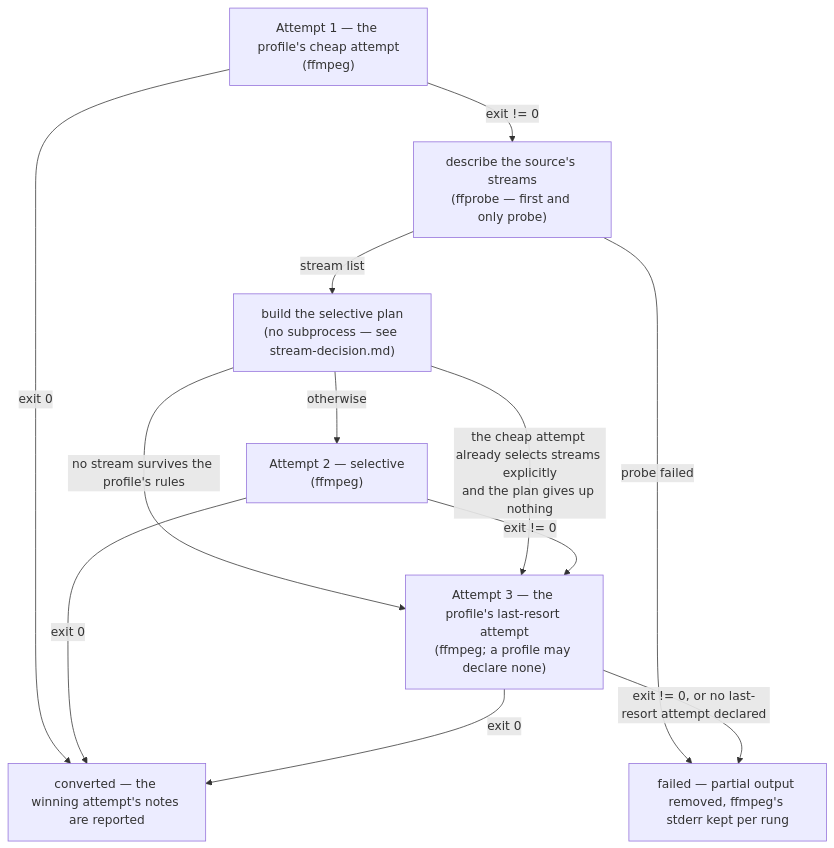
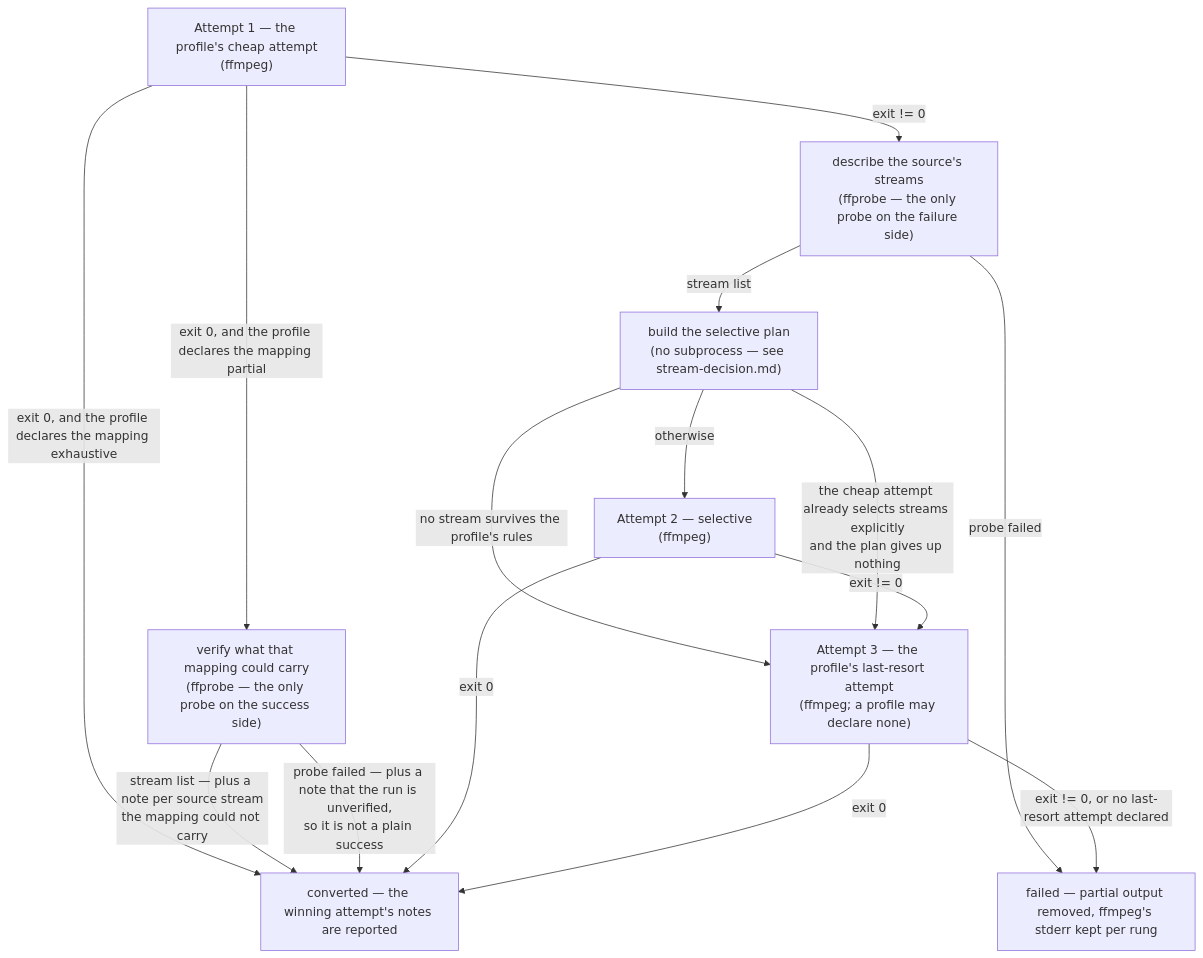
One commit to bhemsen/converter changed the diagram in docs/design/degradation-ladder.md. Above: the diagram before and after it, drawn with Mermaid. The commit also changed other lines of this file and 19 other files, not shown here.

First line of the commit message:
fix(batch): verify a structurally partial cheap attempt on success (#38)

````diff
--- a/docs/design/degradation-ladder.md
+++ b/docs/design/degradation-ladder.md
@@ -14,22 +16,26 @@
 ```mermaid
 flowchart TD
     A["Attempt 1 — the profile's cheap attempt<br/>(ffmpeg)"]
-    P["describe the source's streams<br/>(ffprobe — first and only probe)"]
+    V["verify what that mapping could carry<br/>(ffprobe — the only probe on the success side)"]
+    P["describe the source's streams<br/>(ffprobe — the only probe on the failure side)"]
     PLAN["build the selective plan<br/>(no subprocess — see stream-decision.md)"]
     SEL["Attempt 2 — selective<br/>(ffmpeg)"]
     FIN["Attempt 3 — the profile's last-resort attempt<br/>(ffmpeg; a profile may declare none)"]
     OK["converted — the winning attempt's notes are reported"]
     BAD["failed — partial output removed, ffmpeg's stderr kept per rung"]
 
-    A -->|"exit 0"| OK
+    A -->|"exit 0, and the profile declares the mapping exhaustive"| OK
+    A -->|"exit 0, and the profile declares the mapping partial"| V
+    V -->|"stream list — plus a note per source stream<br/>the mapping could not carry"| OK
+    V -->|"probe failed — plus a note that the run is unverified,<br/>so it is not a plain success"| OK
     A -->|"exit != 0"| P
     P -->|"probe failed"| BAD
     P -->|"stream list"| PLAN
     PLAN -->|"no stream survives the profile's rules"| FIN
     PLAN -->|"the cheap attempt already selects streams explicitly<br/>and the plan gives up nothing"| FIN
     PLAN -->|"otherwise"| SEL
     SEL -->|"exit 0"| OK
     SEL -->|"exit != 0"| FIN
     FIN -->|"exit 0"| OK
     FIN -->|"exit != 0, or no last-resort attempt declared"| BAD
 ```
````
